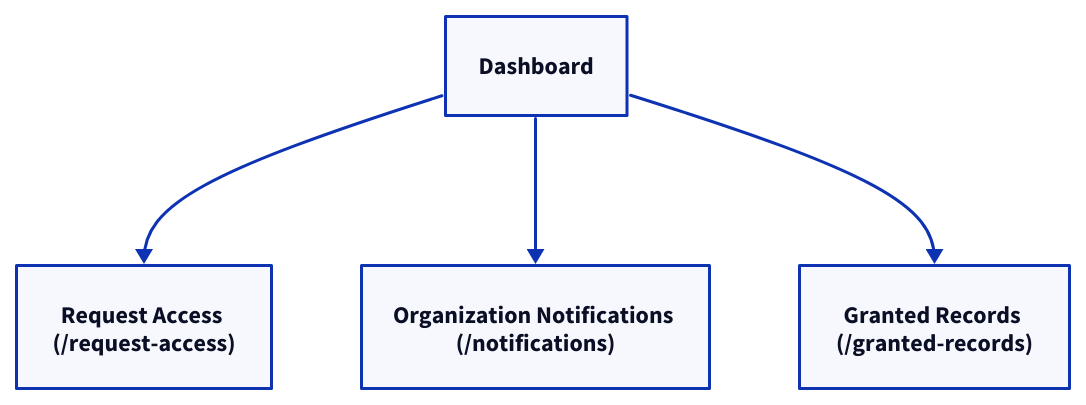
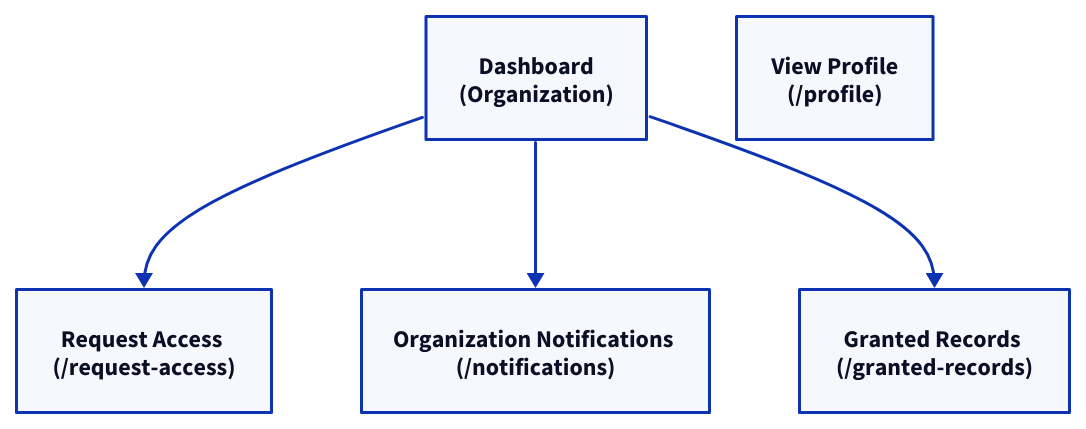
Before and after one commit to dsptanmay/Major-Project: the diagram in diagrams/org-dashboard-flow.d2, drawn with D2. The commit also changed 8 other files, not shown here.

Commit message:
added a few more diagrams

```diff
--- a/diagrams/org-dashboard-flow.d2
+++ b/diagrams/org-dashboard-flow.d2
@@ -1,9 +1,10 @@
-dashboard: Dashboard
+dashboard: Dashboard\n(Organization)
 
 request_access: Request Access \n (/request-access)
 notifications: Organization Notifications \n (/notifications)
 granted_records: Granted Records \n (/granted-records)
+profile: View Profile\n(/profile)
 
 dashboard -> request_access
 dashboard -> notifications
 dashboard -> granted_records
```
